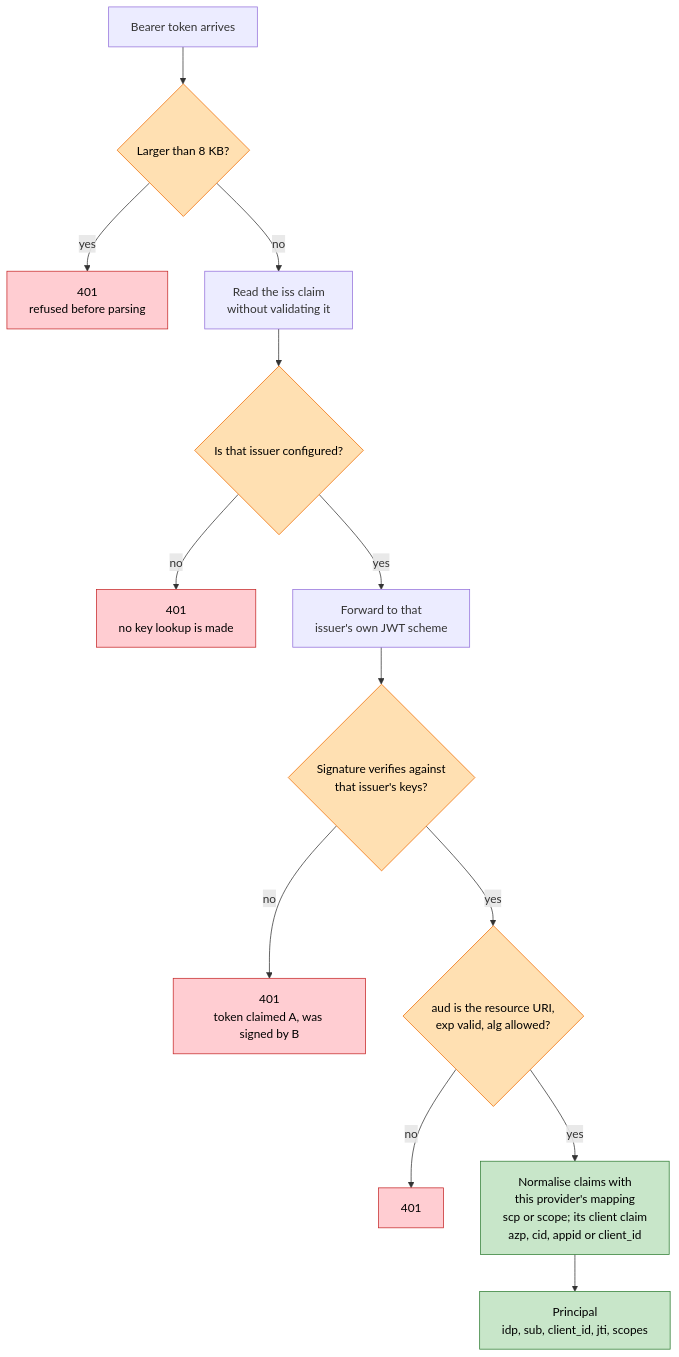
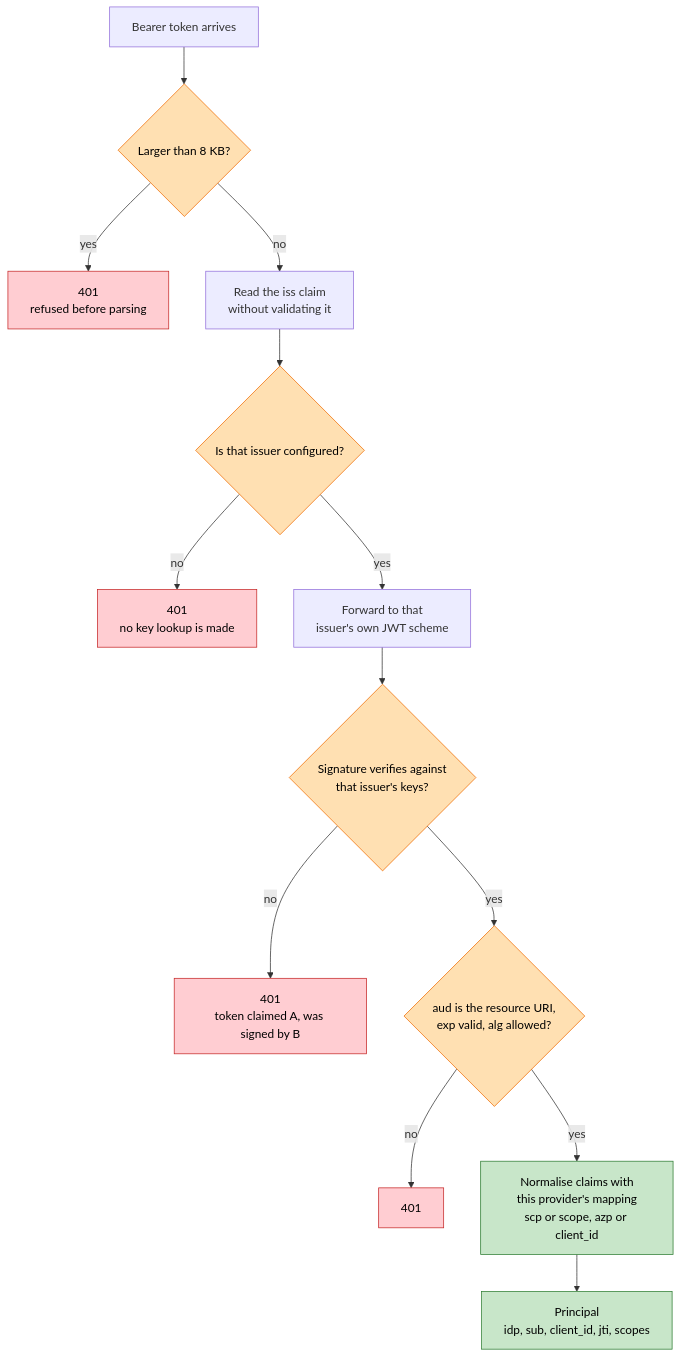
One commit to oskarc/MCPExtensibleTemplate changed the fourth of 17 diagrams in docs/07-SECURITY-FLOWCHARTS.md. Above: the diagram before and after it, drawn with Mermaid. The commit also changed other lines of this file, not shown here.

Commit message:
contract-005: the flowcharts gain a dated amendment instead of a rewritten node
The security flowcharts are recorded as the plan with dated amendments
(contract-004 · G-7); the review round had rewritten one node in place.

````diff
--- a/docs/07-SECURITY-FLOWCHARTS.md
+++ b/docs/07-SECURITY-FLOWCHARTS.md
@@ -201,22 +201,22 @@
 ```mermaid
 flowchart TB
     T["Bearer token arrives"] --> S1{"Larger than 8 KB?"}
     S1 -->|"yes"| R1["401<br/>refused before parsing"]
     S1 -->|"no"| S2["Read the iss claim<br/>without validating it"]
     S2 --> S3{"Is that issuer configured?"}
     S3 -->|"no"| R2["401<br/>no key lookup is made"]
     S3 -->|"yes"| S4["Forward to that<br/>issuer's own JWT scheme"]
     S4 --> S5{"Signature verifies against<br/>that issuer's keys?"}
     S5 -->|"no"| R3["401<br/>token claimed A, was signed by B"]
     S5 -->|"yes"| S6{"aud is the resource URI,<br/>exp valid, alg allowed?"}
     S6 -->|"no"| R4["401"]
-    S6 -->|"yes"| S7["Normalise claims with<br/>this provider's mapping<br/>scp or scope; its client claim<br/>azp, cid, appid or client_id"]
+    S6 -->|"yes"| S7["Normalise claims with<br/>this provider's mapping<br/>scp or scope, azp or client_id"]
     S7 --> OUT["Principal<br/>idp, sub, client_id, jti, scopes"]
 
     classDef deny fill:#ffcdd2,stroke:#c62828,color:#000
     classDef gate fill:#ffe0b2,stroke:#ef6c00,color:#000
     classDef pass fill:#c8e6c9,stroke:#2e7d32,color:#000
     class R1,R2,R3,R4 deny
     class S1,S3,S5,S6 gate
     class OUT,S7 pass
 ```
````
